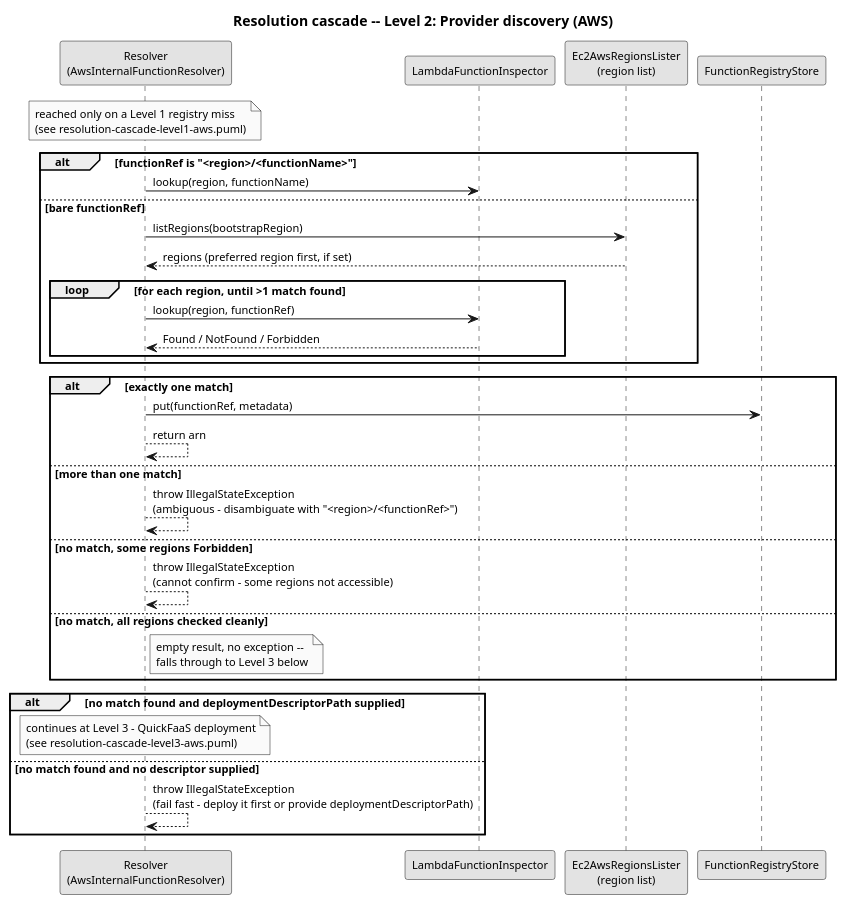
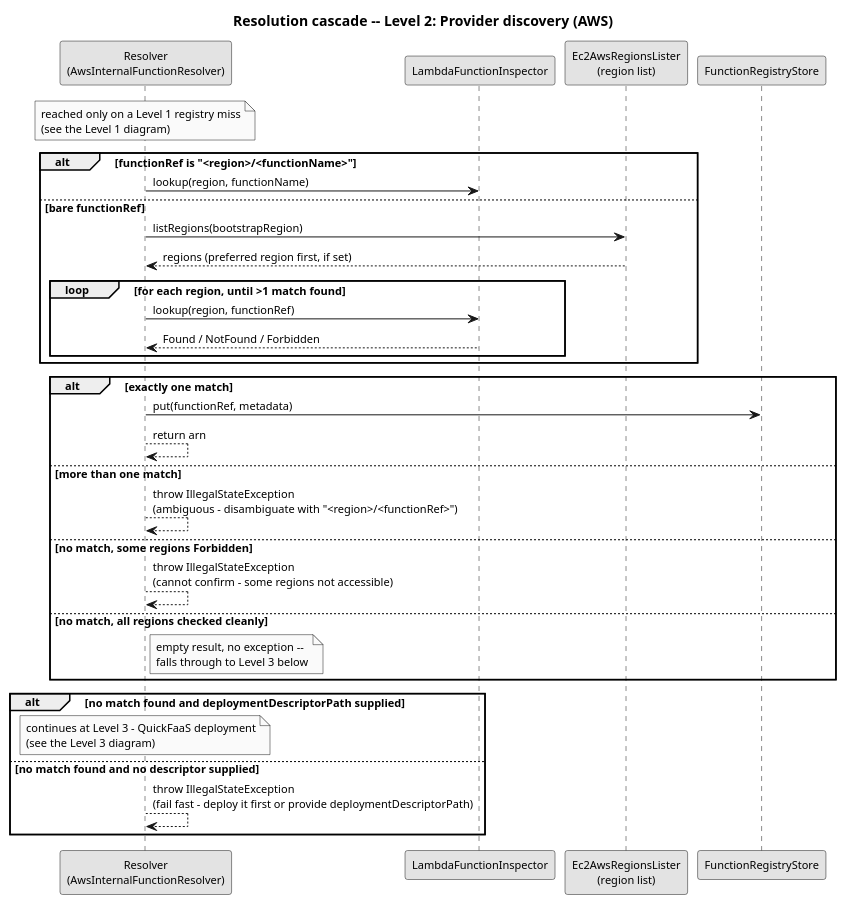
One commit to EngenheiroPedroCarvalho/ISEL-Thesis-2526 changed the diagram in diagrams/resolution-cascade-level2-aws.puml. Above: the diagram before and after it, drawn with PlantUML. The commit also changed 28 other files, not shown here.

First line of the commit message:
Align the thesis diagrams with the code and the text

```diff
--- a/diagrams/resolution-cascade-level2-aws.puml
+++ b/diagrams/resolution-cascade-level2-aws.puml
@@ -1,50 +1,50 @@
 @startuml resolution-cascade-level2-aws
 skinparam monochrome true
 skinparam shadowing false
 skinparam defaultFontSize 11
 title Resolution cascade -- Level 2: Provider discovery (AWS)
 
 participant "Resolver\n(AwsInternalFunctionResolver)" as R
 participant "LambdaFunctionInspector" as AI
 participant "Ec2AwsRegionsLister\n(region list)" as AL
 participant "FunctionRegistryStore" as REG
 
 note over R
   reached only on a Level 1 registry miss
-  (see resolution-cascade-level1-aws.puml)
+  (see the Level 1 diagram)
 end note
 
 alt functionRef is "<region>/<functionName>"
   R -> AI : lookup(region, functionName)
 else bare functionRef
   R -> AL : listRegions(bootstrapRegion)
   AL --> R : regions (preferred region first, if set)
   loop for each region, until >1 match found
     R -> AI : lookup(region, functionRef)
     AI --> R : Found / NotFound / Forbidden
   end
 end
 
 alt exactly one match
   R -> REG : put(functionRef, metadata)
   R --> R : return arn
 else more than one match
   R --> R : throw IllegalStateException\n(ambiguous - disambiguate with "<region>/<functionRef>")
 else no match, some regions Forbidden
   R --> R : throw IllegalStateException\n(cannot confirm - some regions not accessible)
 else no match, all regions checked cleanly
   note right of R
     empty result, no exception --
     falls through to Level 3 below
   end note
 end
 
 alt no match found and deploymentDescriptorPath supplied
   note over R
     continues at Level 3 - QuickFaaS deployment
-    (see resolution-cascade-level3-aws.puml)
+    (see the Level 3 diagram)
   end note
 else no match found and no descriptor supplied
   R --> R : throw IllegalStateException\n(fail fast - deploy it first or provide deploymentDescriptorPath)
 end
 @enduml
```
